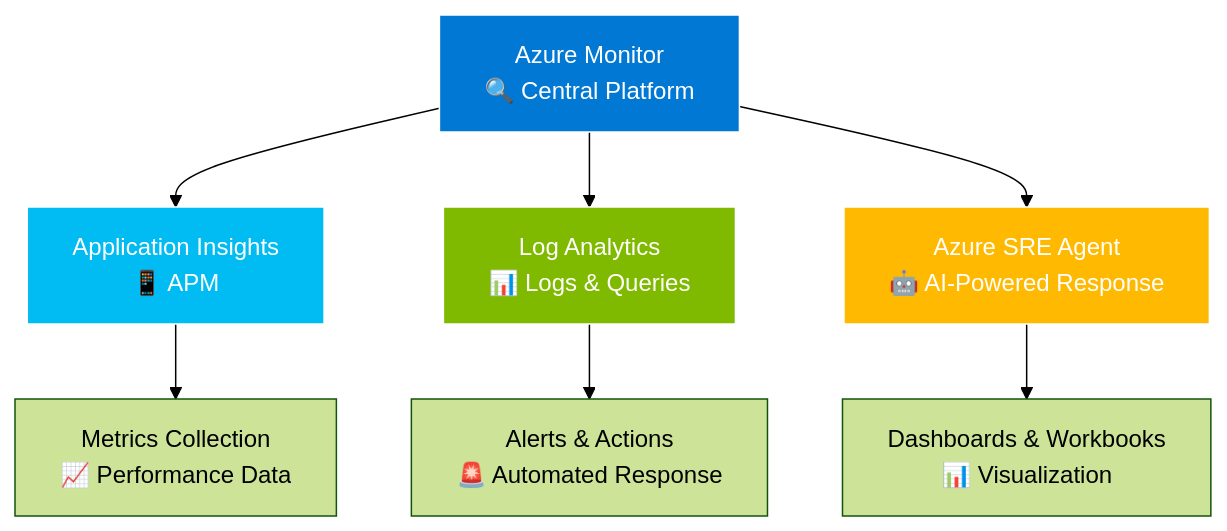
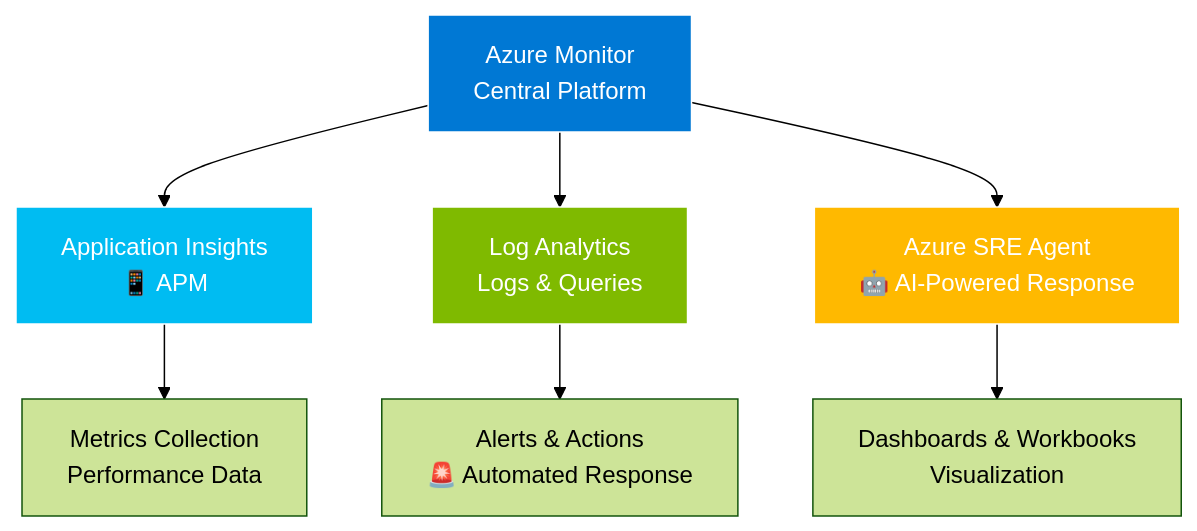
The diagram in docs/observability_workshop_part-01.md (paulasilvatech/Agentic-Ops-Dev), drawn with Mermaid (forest theme) before and after one commit. The commit also changed other lines of this file and 20 other files, not shown here.

````diff
--- a/docs/observability_workshop_part-01.md
+++ b/docs/observability_workshop_part-01.md
@@ -1041,15 +1041,15 @@
 ```mermaid
 graph TB
-    AM[Azure Monitor<br/>🔍 Central Platform] --> AI[Application Insights<br/>📱 APM]
-    AM --> LA[Log Analytics<br/>📊 Logs & Queries]
+    AM[Azure Monitor<br/> Central Platform] --> AI[Application Insights<br/>📱 APM]
+    AM --> LA[Log Analytics<br/> Logs & Queries]
     AM --> AS[Azure SRE Agent<br/>🤖 AI-Powered Response]
     
-    AI --> MC[Metrics Collection<br/>📈 Performance Data]
+    AI --> MC[Metrics Collection<br/> Performance Data]
     LA --> AQ[Alerts & Actions<br/>🚨 Automated Response]
-    AS --> DW[Dashboards & Workbooks<br/>📊 Visualization]
+    AS --> DW[Dashboards & Workbooks<br/> Visualization]
     
     style AM fill:#0078d4,stroke:#fff,color:#fff
     style AI fill:#00bcf2,stroke:#fff,color:#fff
     style LA fill:#7fba00,stroke:#fff,color:#fff
     style AS fill:#ffb900,stroke:#fff,color:#fff
 ```
````
